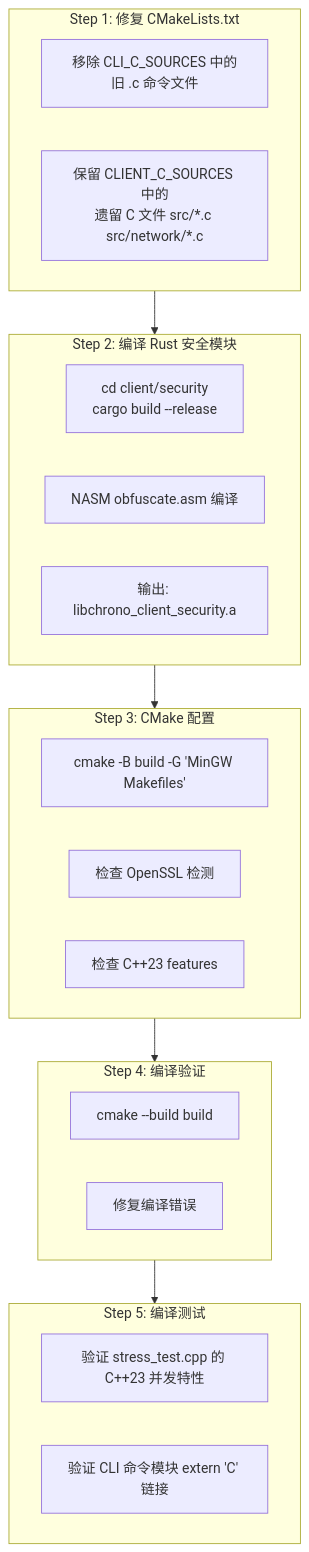
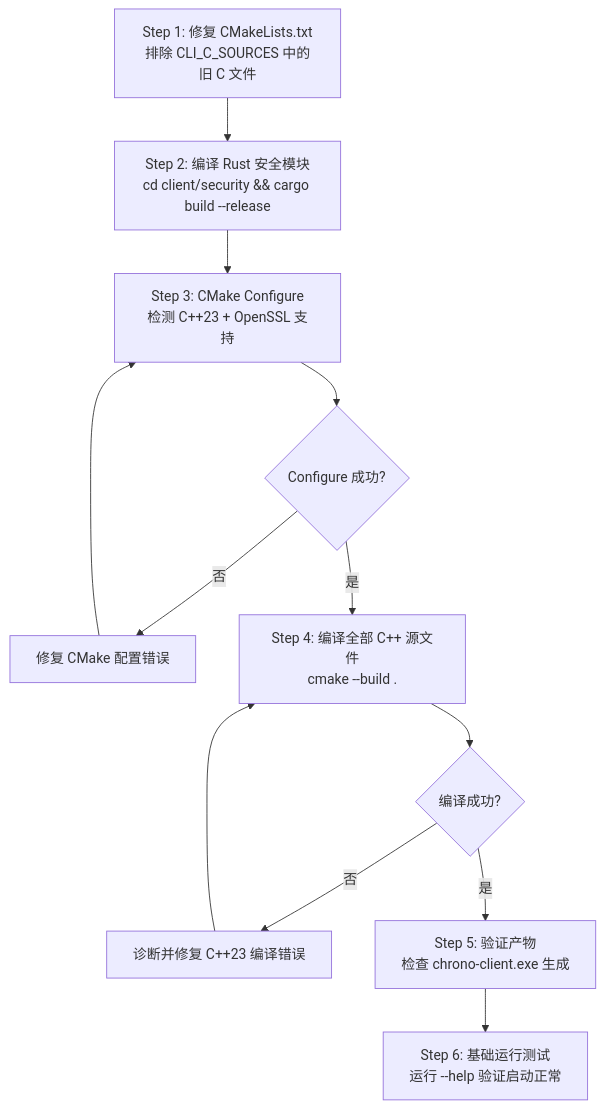
One commit to haiyanfurry/Chrono-shift changed the diagram in plans/phase_build_verification.md. Above: the diagram before and after it, drawn with Mermaid. The commit also changed other lines of this file and 2 other files, not shown here.

````diff
--- a/plans/phase_build_verification.md
+++ b/plans/phase_build_verification.md
@@ -11,34 +27,15 @@
 ```mermaid
-graph TB
-    subgraph Step1["Step 1: 修复 CMakeLists.txt"]
-        RM_C["移除 CLI_C_SOURCES 中的旧 .c 命令文件"]
-        KEEP_C["保留 CLIENT_C_SOURCES 中的<br/>遗留 C 文件 src/*.c src/network/*.c"]
-    end
-
-    subgraph Step2["Step 2: 编译 Rust 安全模块"]
-        CARGO["cd client/security<br/>cargo build --release"]
-        ASM["NASM obfuscate.asm 编译"]
-        RUST_LIB["输出: libchrono_client_security.a"]
-    end
-
-    subgraph Step3["Step 3: CMake 配置"]
-        CMAKE_CONF["cmake -B build -G 'MinGW Makefiles'"]
-        CHK_DEPS["检查 OpenSSL 检测"]
-        CHK_CPP23["检查 C++23 features"]
-    end
-
-    subgraph Step4["Step 4: 编译验证"]
-        BUILD["cmake --build build"]
-        FIX["修复编译错误"]
-    end
-
-    subgraph Step5["Step 5: 编译测试"]
-        STRESS["验证 stress_test.cpp 的 C++23 并发特性"]
-        CLI["验证 CLI 命令模块 extern 'C' 链接"]
-    end
-
-    Step1 --> Step2
-    Step2 --> Step3
-    Step3 --> Step4
-    Step4 --> Step5
+graph TD
+    A["Step 1: 修复 CMakeLists.txt<br/>排除 CLI_C_SOURCES 中的旧 C 文件"] --> B
+    B["Step 2: 编译 Rust 安全模块<br/>cd client/security && cargo build --release"] --> C
+    C["Step 3: CMake Configure<br/>检测 C++23 + OpenSSL 支持"] --> D
+    D{"Configure 成功?"}
+    D --"否"--> E["修复 CMake 配置错误"]
+    E --> C
+    D --"是"--> F["Step 4: 编译全部 C++ 源文件<br/>cmake --build ."]
+    F --> G{"编译成功?"}
+    G --"否"--> H["诊断并修复 C++23 编译错误"]
+    H --> F
+    G --"是"--> I["Step 5: 验证产物<br/>检查 chrono-client.exe 生成"]
+    I --> J["Step 6: 基础运行测试<br/>运行 --help 验证启动正常"]
 ```
````
